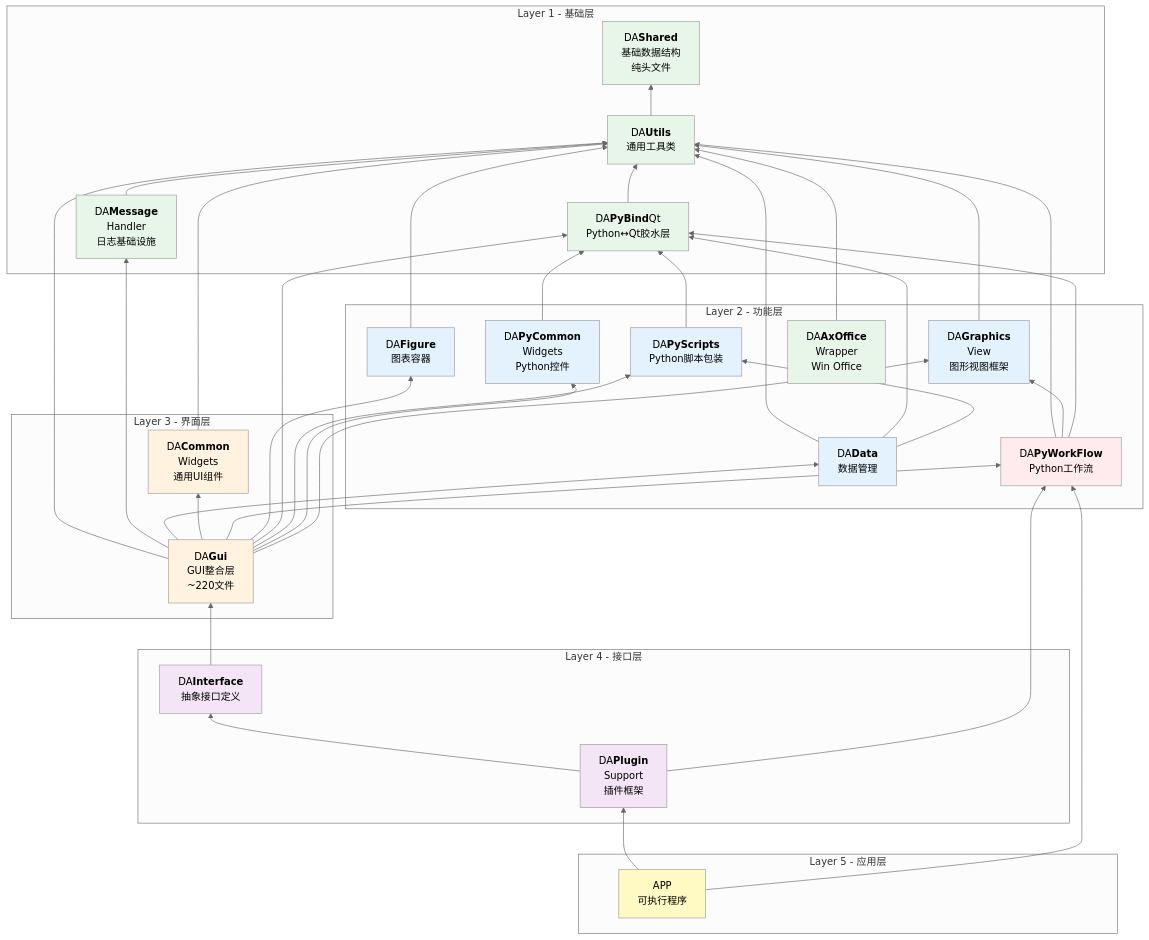
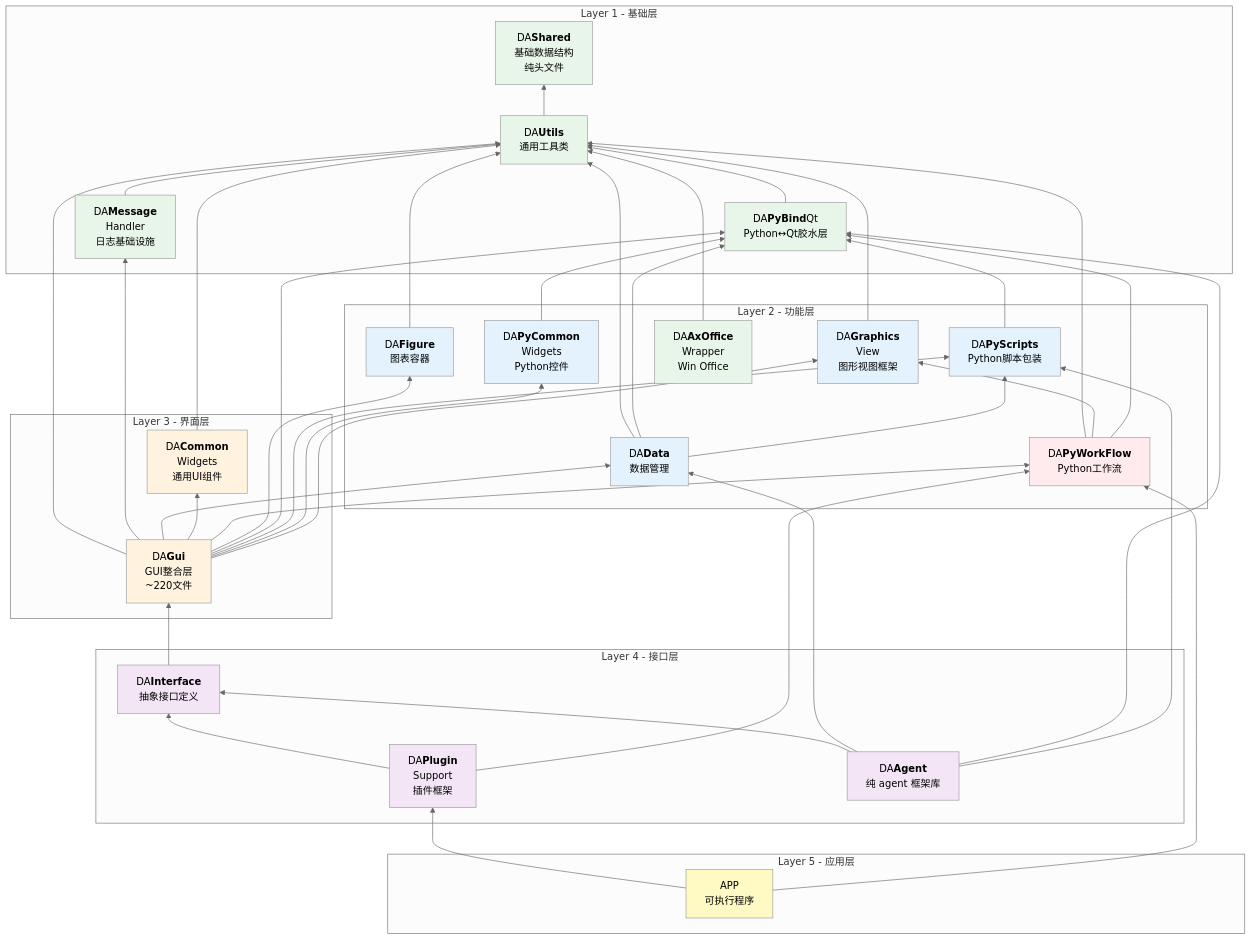
The diagram in docs/zh/dev-guide/module-dependency.md (czyt1988/data-workbench), drawn with Mermaid (neutral theme) before and after one commit. The commit also changed other lines of this file and 2 other files, not shown here.

First line of the commit message:
plan-06: 文档更新——DAAgent AGENTS.md 重写 + 根 AGENTS.md 补 DAAgent

````diff
--- a/docs/zh/dev-guide/module-dependency.md
+++ b/docs/zh/dev-guide/module-dependency.md
@@ -132,6 +136,7 @@
     subgraph "Layer 4 - 接口层"
         DAIF["DA<b>Interface</b><br/>抽象接口定义"]
         DAPS["DA<b>Plugin</b><br/>Support<br/>插件框架"]
+        DAAgent["DA<b>Agent</b><br/>纯 agent 框架库"]
     end
 
     subgraph "Layer 5 - 应用层"
@@ -174,6 +179,12 @@
     DAPS --> DAIF
     DAPS --> DAPyWF
 
+    %% DAAgent → L1/L2/L4（纯 agent 框架库，不依赖 GUI 模块）
+    DAAgent --> DAIF
+    DAAgent --> DAData
+    DAAgent --> DAPyBind
+    DAAgent --> DAPyScripts
+
     %% Layer 5 → Layer 4
     APP --> DAPS
     APP --> DAPyWF
@@ -194,5 +205,6 @@
     style DAGui fill:#fff3e0
     style DAIF fill:#f3e5f5
     style DAPS fill:#f3e5f5
+    style DAAgent fill:#f3e5f5
     style APP fill:#fff9c4
 ```
````
